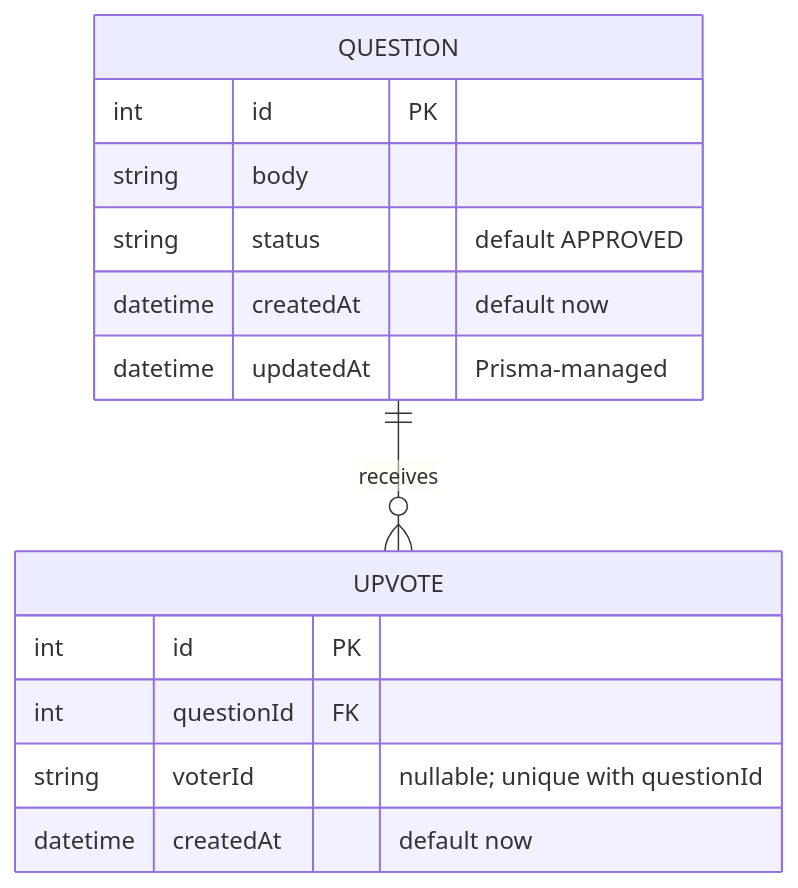
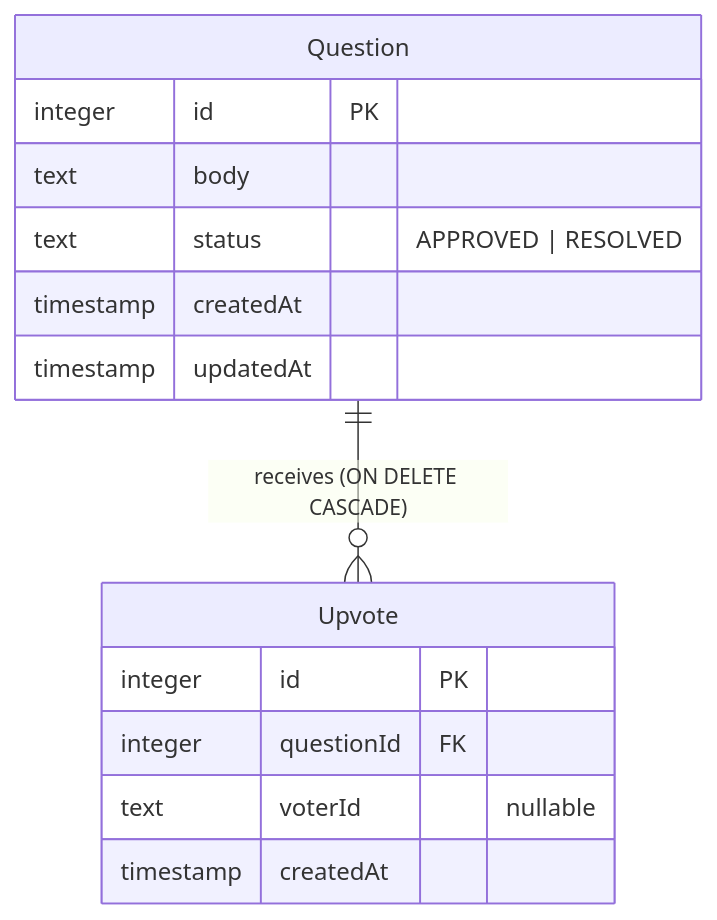
Before and after one commit to satyam6231631-hue/capstone-Project_name_AP_2026: the diagram in dbms/02_er_diagram.mmd, drawn with Mermaid. The commit also changed 2 other files, not shown here.

Commit message:
feat(dbms): add editable ER source and status CHECK for CP2

```diff
--- a/dbms/02_er_diagram.mmd
+++ b/dbms/02_er_diagram.mmd
@@ -1,21 +1,17 @@
 erDiagram
-    %% Shared credentials are in .env; student voterId values use STUDENT:<roll number>.
-    %% Teacher voterId is TEACHER. Roll numbers are not verified against a class list.
-    %% Upvote.questionId references Question.id with ON DELETE CASCADE.
-    %% @@unique([questionId, voterId]); nullable voterId preserves older anonymous votes.
-    QUESTION ||--o{ UPVOTE : receives
+    Question {
+        integer id PK
+        text body
+        text status "APPROVED | RESOLVED"
+        timestamp createdAt
+        timestamp updatedAt
+    }
+    Upvote {
+        integer id PK
+        integer questionId FK
+        text voterId "nullable"
+        timestamp createdAt
+    }
+    Question ||--o{ Upvote : "receives (ON DELETE CASCADE)"
 
-    QUESTION {
-        int id PK
-        string body
-        string status "default APPROVED"
-        datetime createdAt "default now"
-        datetime updatedAt "Prisma-managed"
-    }
-
-    UPVOTE {
-        int id PK
-        int questionId FK
-        string voterId "nullable; unique with questionId"
-        datetime createdAt "default now"
-    }
+%% Note: shared role credentials live in .env; there is no User table.
```
